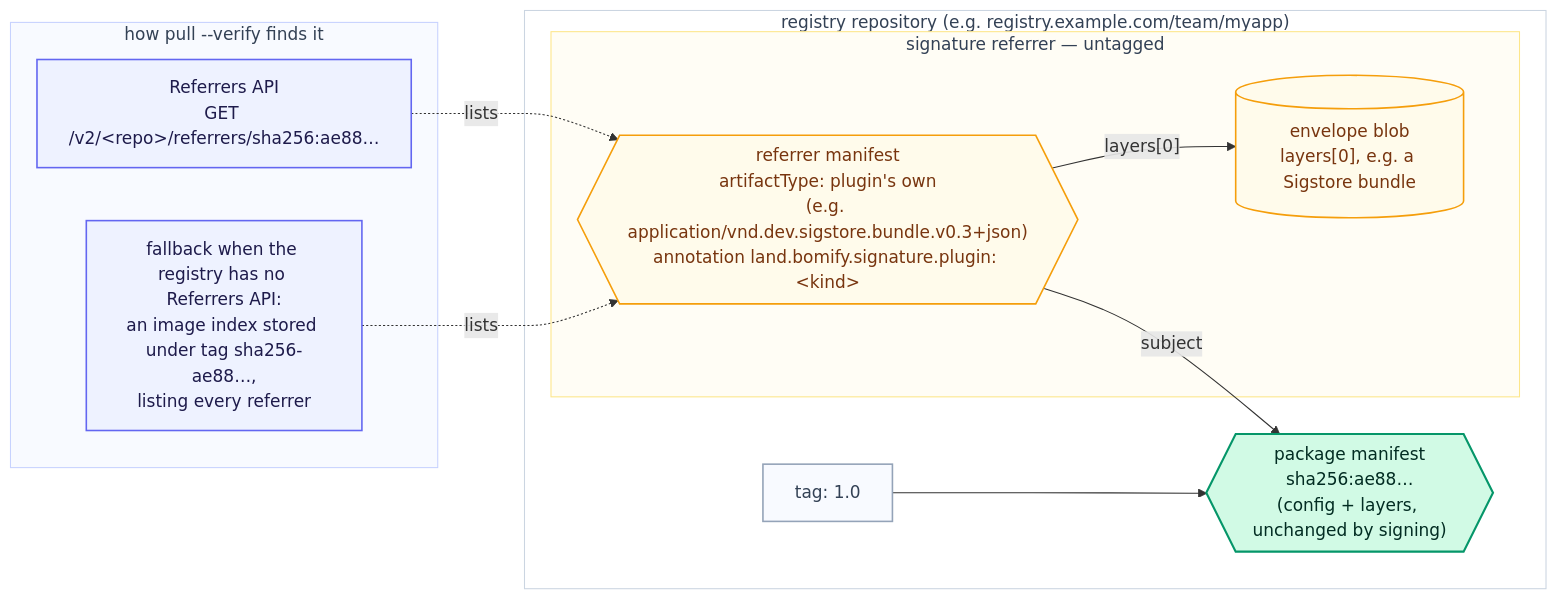
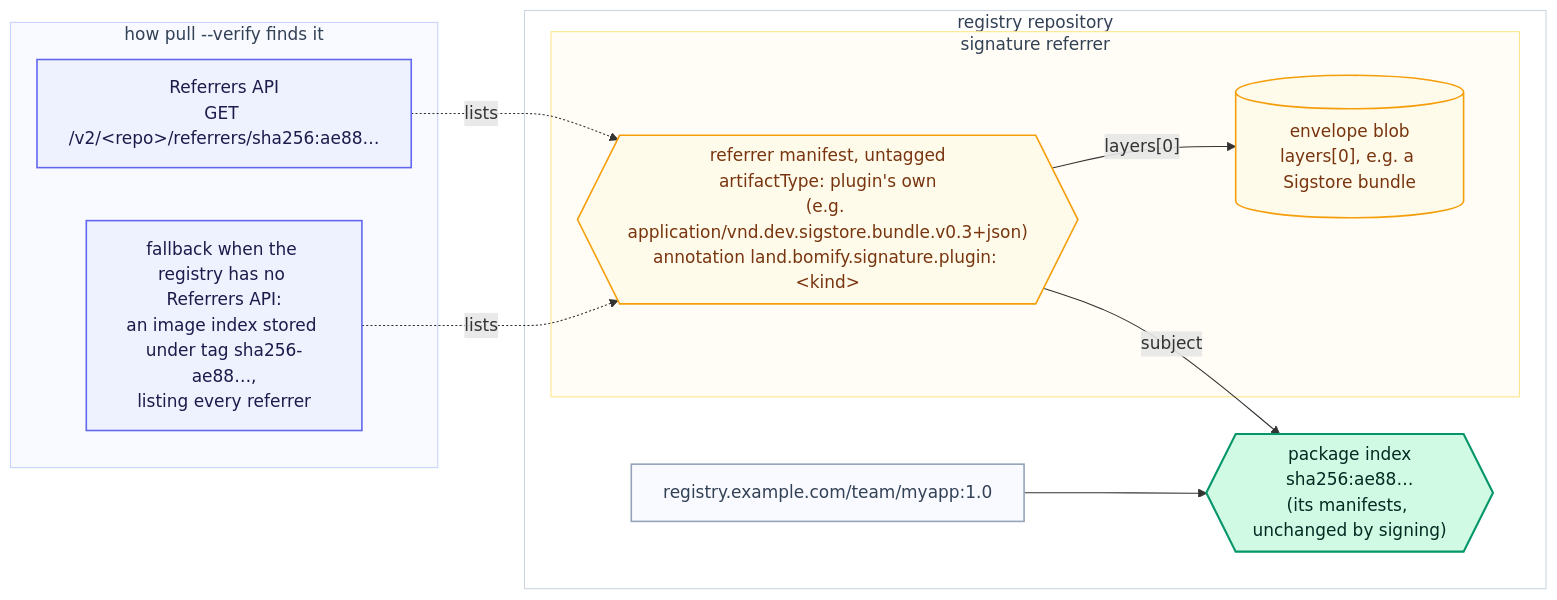
The diagram in docs/diagrams/registry-signatures.mmd (alejandro-velasco/bomify), drawn with Mermaid before and after one commit. The commit also changed 90 other files, not shown here.

First line of the commit message:
feat(push)!: publish a package as an oci index of its components' own formats

```diff
--- a/docs/diagrams/registry-signatures.mmd
+++ b/docs/diagrams/registry-signatures.mmd
@@ -1,35 +1,35 @@
 flowchart LR
     classDef ref fill:#F8FAFF,stroke:#94A3B8,stroke-width:1.5px,color:#334155
     classDef manifest fill:#D1FAE5,stroke:#059669,stroke-width:2px,color:#022c22
     classDef sig fill:#FFFBEB,stroke:#F59E0B,stroke-width:1.5px,color:#78350f
     classDef lookup fill:#EEF2FF,stroke:#6366F1,stroke-width:1.5px,color:#1e1b4b
 
-    subgraph Repo["registry repository (e.g. registry.example.com/team/myapp)"]
-        Tag["tag: 1.0"]
-        Package{{"package manifest<br/>sha256:ae88…<br/>(config + layers, unchanged by signing)"}}
+    subgraph Repo["registry repository"]
+        Tag["registry.example.com/team/myapp:1.0"]
+        Package{{"package index<br/>sha256:ae88…<br/>(its manifests, unchanged by signing)"}}
 
-        subgraph Signature["signature referrer — untagged"]
-            SigManifest{{"referrer manifest<br/>artifactType: plugin's own<br/>(e.g. application/vnd.dev.sigstore.bundle.v0.3+json)<br/>annotation land.bomify.signature.plugin: &lt;kind&gt;"}}
+        subgraph Signature["signature referrer"]
+            SigManifest{{"referrer manifest, untagged<br/>artifactType: plugin's own<br/>(e.g. application/vnd.dev.sigstore.bundle.v0.3+json)<br/>annotation land.bomify.signature.plugin: &lt;kind&gt;"}}
             Envelope[("envelope blob<br/>layers[0], e.g. a Sigstore bundle")]
         end
     end
 
     subgraph Discovery["how pull --verify finds it"]
         API["Referrers API<br/>GET /v2/&lt;repo&gt;/referrers/sha256:ae88…"]
         Fallback["fallback when the registry has no Referrers API:<br/>an image index stored under tag sha256-ae88…,<br/>listing every referrer"]
     end
 
     Tag --> Package
     SigManifest -- "subject" --> Package
     SigManifest -- "layers[0]" --> Envelope
 
     API -. "lists" .-> SigManifest
     Fallback -. "lists" .-> SigManifest
 
     class Tag ref
     class Package manifest
     class SigManifest,Envelope sig
     class API,Fallback lookup
     style Repo fill:#FFFFFF,stroke:#CBD5E1,stroke-width:1px,color:#334155
     style Signature fill:#FFFDF5,stroke:#FDE68A,stroke-width:1px,color:#334155
     style Discovery fill:#F8FAFF,stroke:#C7D2FE,stroke-width:1px,color:#334155
```
